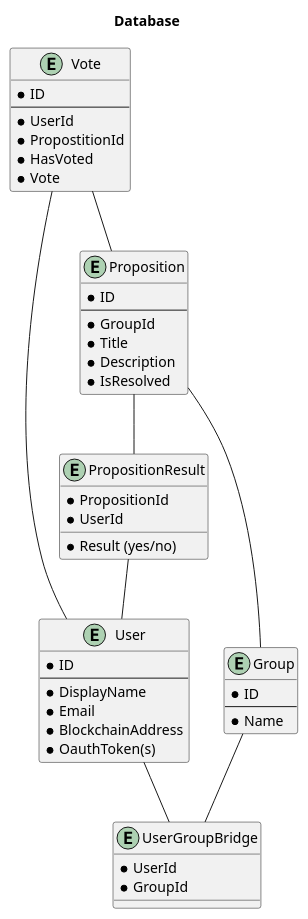
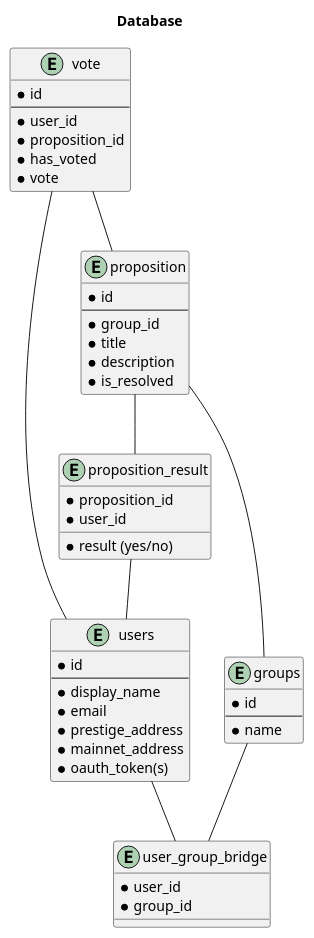
One commit to adhurjaty/prediction-app changed the diagram in Diagrams/Database/db.puml. Above: the diagram before and after it, drawn with PlantUML. The commit also changed 1 other file, not shown here.

Commit message:
Updated database diagram - Postgres doesn't deal well uppercase letters - Postgres has restricted keywords 'user' and 'group' - Added different addresses for mainnet vs prestigenet

```diff
--- a/Diagrams/Database/db.puml
+++ b/Diagrams/Database/db.puml
@@ -1,57 +1,58 @@
 @startuml database
 
 title Database
 
-entity User {
-    * ID
+entity users {
+    * id
     ---
-    * DisplayName
-    * Email
-    * BlockchainAddress
-    * OauthToken(s)
+    * display_name
+    * email
+    * prestige_address
+    * mainnet_address
+    * oauth_token(s)
 }
 
-entity Group {
-    * ID
+entity groups {
+    * id
     ---
-    * Name
+    * name
 }
 
-entity UserGroupBridge {
-    * UserId
-    * GroupId
+entity user_group_bridge {
+    * user_id
+    * group_id
 }
 
-entity Proposition {
-    * ID
+entity proposition {
+    * id
     ---
-    * GroupId
-    * Title
-    * Description
-    * IsResolved
+    * group_id
+    * title
+    * description
+    * is_resolved
 }
 
-entity Vote {
-    * ID
+entity vote {
+    * id
     ---
-    * UserId
-    * PropostitionId
-    * HasVoted
-    * Vote
+    * user_id
+    * proposition_id
+    * has_voted
+    * vote
 }
 
-entity PropositionResult {
-    * PropositionId
-    * UserId
-    * Result (yes/no)
+entity proposition_result {
+    * proposition_id
+    * user_id
+    * result (yes/no)
 }
 
-User -- UserGroupBridge
-Group -- UserGroupBridge
-Proposition -- Group
-Vote -- User
-Vote -- Proposition
-Proposition -- PropositionResult
-PropositionResult -- User
+users -- user_group_bridge
+groups -- user_group_bridge
+proposition -- groups
+vote -- users
+vote -- proposition
+proposition -- proposition_result
+proposition_result -- users
 
 @enduml
```
